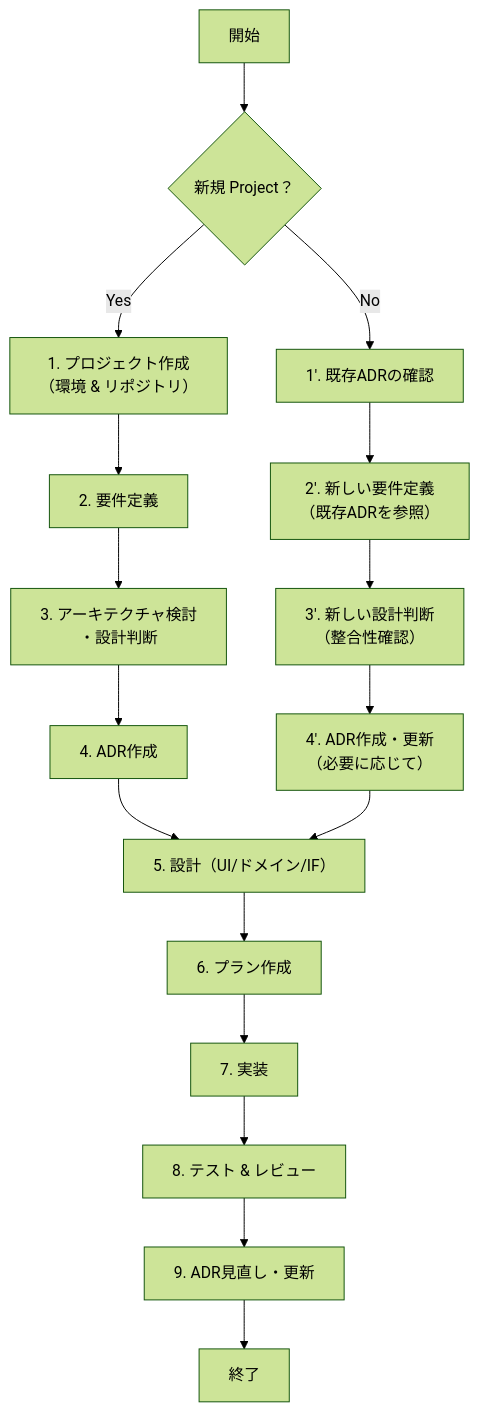
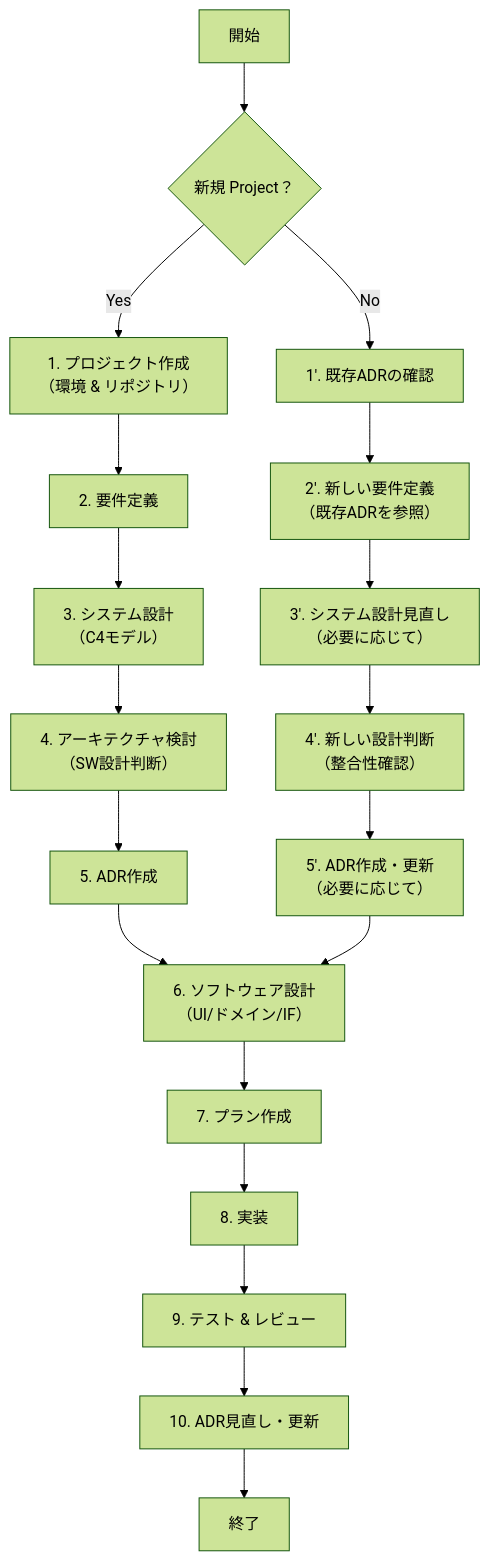
One commit to kumab2221/ProjectManage changed the diagram in 0_アプリ開発フロー.md. Above: the diagram before and after it, drawn with Mermaid (forest theme). The commit also changed 9 other files, not shown here.

````diff
--- a/0_アプリ開発フロー.md
+++ b/0_アプリ開発フロー.md
@@ -2,25 +2,27 @@
 ```mermaid
 
 flowchart TD
 
 START[開始] --> CHK{新規 Project？}
 
 %% 新規プロジェクト
 CHK -->|Yes| PRJ_NEW[1. プロジェクト作成<br/>（環境 & リポジトリ）]
 PRJ_NEW --> RQ_NEW[2. 要件定義]
-RQ_NEW --> AR_NEW[3. アーキテクチャ検討<br/>・設計判断]
-AR_NEW --> ADR_NEW[4. ADR作成]
-ADR_NEW --> DES[5. 設計（UI/ドメイン/IF）]
-DES --> PLAN[6. プラン作成]
-PLAN --> IMP[7. 実装]
-IMP --> TST[8. テスト & レビュー]
-TST --> ADR_FEED[9. ADR見直し・更新]
+RQ_NEW --> SYS_NEW[3. システム設計<br/>（C4モデル）]
+SYS_NEW --> AR_NEW[4. アーキテクチャ検討<br/>（SW設計判断）]
+AR_NEW --> ADR_NEW[5. ADR作成]
+ADR_NEW --> DES[6. ソフトウェア設計<br/>（UI/ドメイン/IF）]
+DES --> PLAN[7. プラン作成]
+PLAN --> IMP[8. 実装]
+IMP --> TST[9. テスト & レビュー]
+TST --> ADR_FEED[10. ADR見直し・更新]
 ADR_FEED --> END[終了]
 
 %% 既存プロジェクト
 CHK -->|No| ADR_OLD[1'. 既存ADRの確認]
 ADR_OLD --> RQ_EXT[2'. 新しい要件定義<br/>（既存ADRを参照）]
-RQ_EXT --> AR_EXT[3'. 新しい設計判断<br/>（整合性確認）]
-AR_EXT --> ADR_EXT[4'. ADR作成・更新<br/>（必要に応じて）]
+RQ_EXT --> SYS_EXT[3'. システム設計見直し<br/>（必要に応じて）]
+SYS_EXT --> AR_EXT[4'. 新しい設計判断<br/>（整合性確認）]
+AR_EXT --> ADR_EXT[5'. ADR作成・更新<br/>（必要に応じて）]
 ADR_EXT --> DES
 ```
````
